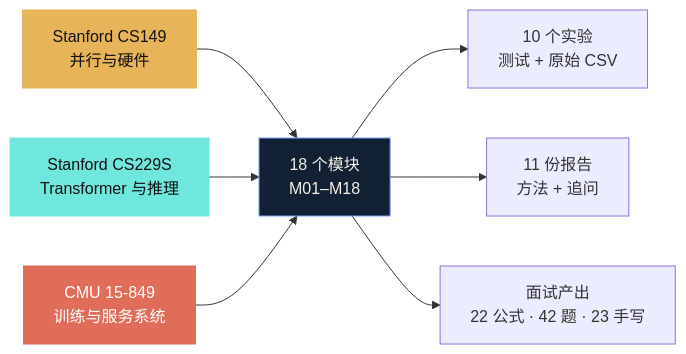
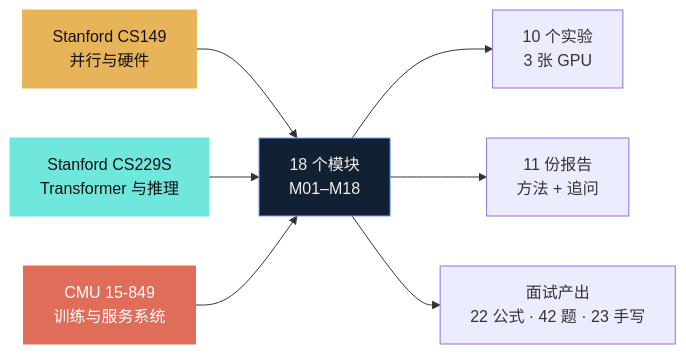
The diagram in README.md (ShaneLiu04/mlsys-infra), drawn with Mermaid before and after one commit. The commit also changed other lines of this file and 147 other files, not shown here.

````diff
--- a/README.md
+++ b/README.md
@@ -33,13 +121,13 @@
 ```mermaid
 flowchart LR
     C1["Stanford CS149<br/>并行与硬件"]:::amber --> M["18 个模块<br/>M01–M18"]:::core
     C2["Stanford CS229S<br/>Transformer 与推理"]:::cyan --> M
     C3["CMU 15-849<br/>训练与服务系统"]:::coral --> M
-    M --> L["10 个实验<br/>测试 + 原始 CSV"]
+    M --> L["10 个实验<br/>3 张 GPU"]
     M --> R["11 份报告<br/>方法 + 追问"]
     M --> I["面试产出<br/>22 公式 · 42 题 · 23 手写"]
     classDef amber fill:#E8B45A,color:#111,stroke:#E8B45A;
     classDef cyan fill:#6FE7DD,color:#111,stroke:#6FE7DD;
     classDef coral fill:#E06C5A,color:#fff,stroke:#E06C5A;
     classDef core fill:#122033,color:#F4F1E8,stroke:#7AA2F7;
 ```
````
